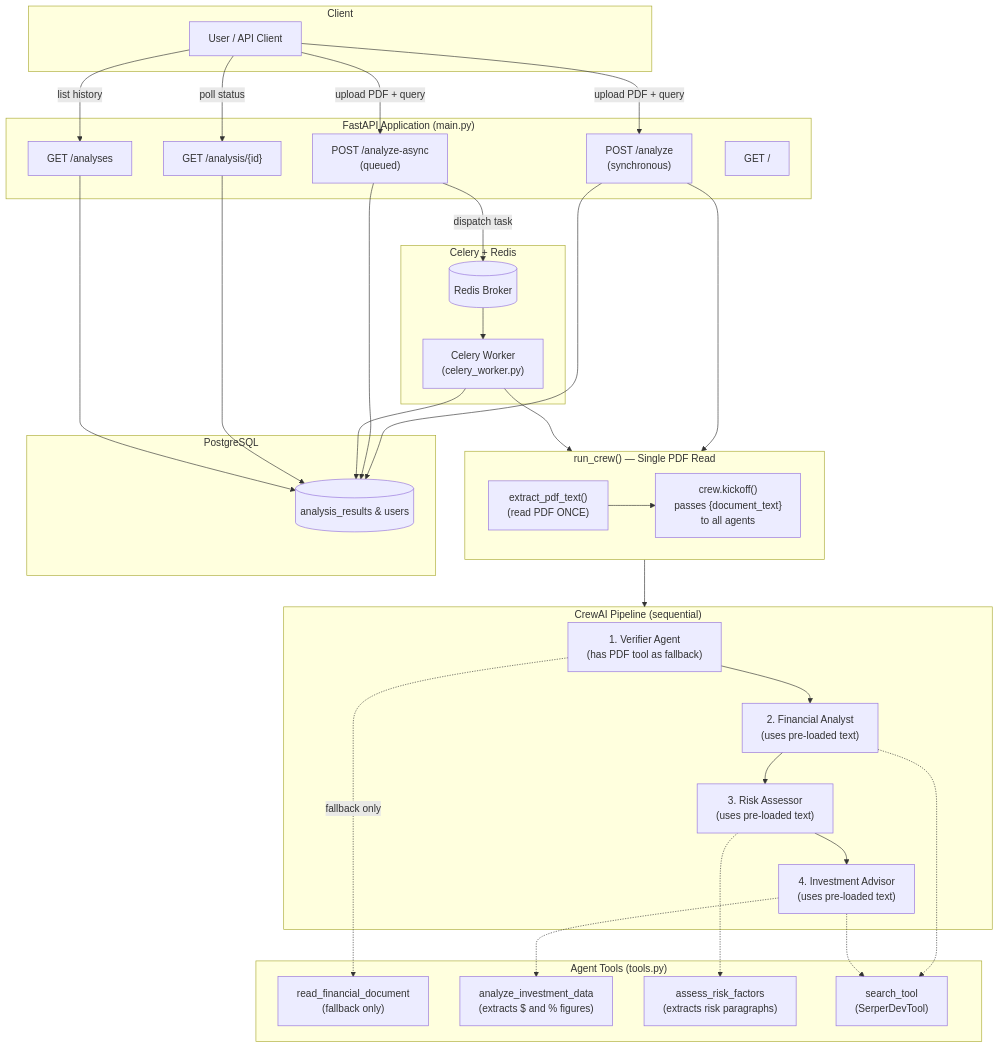
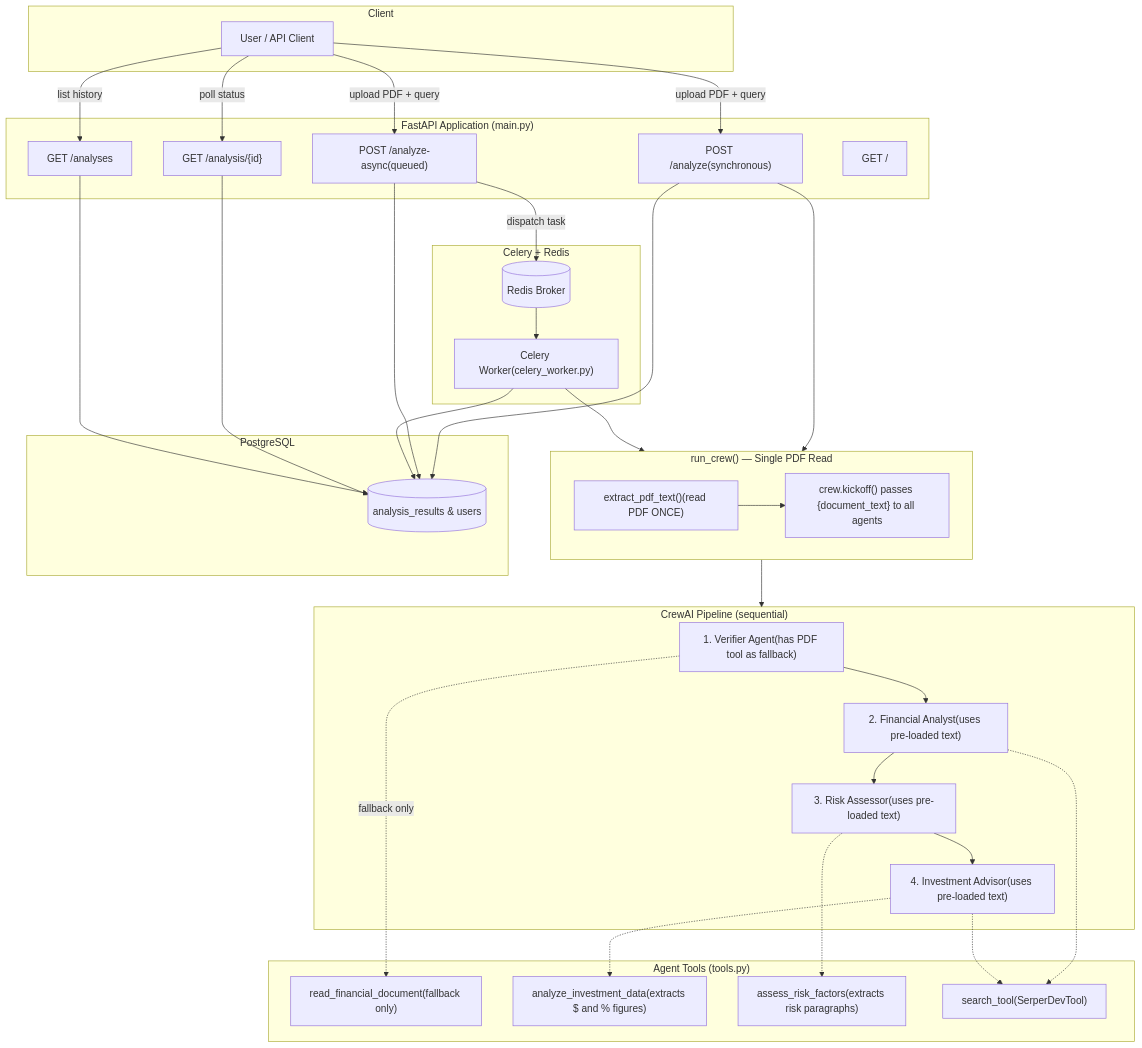
Before and after one commit to vinu0404/debug: the diagram in README.md, drawn with Mermaid. The commit also changed 1 other file, not shown here.

````diff
--- a/README.md
+++ b/README.md
@@ -10,67 +10,67 @@
 ```mermaid
 flowchart TD
     subgraph Client
         U[User / API Client]
     end
 
     subgraph FastAPI["FastAPI Application (main.py)"]
-        EP_SYNC["POST /analyze\n(synchronous)"]
-        EP_ASYNC["POST /analyze-async\n(queued)"]
+        EP_SYNC["POST /analyze(synchronous)"]
+        EP_ASYNC["POST /analyze-async(queued)"]
         EP_STATUS["GET /analysis/{id}"]
         EP_LIST["GET /analyses"]
         EP_HEALTH["GET /"]
     end
 
     subgraph Orchestrator["run_crew() — Single PDF Read"]
-        PDF_READ["extract_pdf_text()\n(read PDF ONCE)"]
-        KICKOFF["crew.kickoff()\npasses {document_text}\nto all agents"]
+        PDF_READ["extract_pdf_text()(read PDF ONCE)"]
+        KICKOFF["crew.kickoff() passes {document_text} to all agents"]
         PDF_READ --> KICKOFF
     end
 
     subgraph CrewAI["CrewAI Pipeline (sequential)"]
-        A1["1. Verifier Agent\n(has PDF tool as fallback)"]
-        A2["2. Financial Analyst\n(uses pre-loaded text)"]
-        A3["3. Risk Assessor\n(uses pre-loaded text)"]
-        A4["4. Investment Advisor\n(uses pre-loaded text)"]
+        A1["1. Verifier Agent(has PDF tool as fallback)"]
+        A2["2. Financial Analyst(uses pre-loaded text)"]
+        A3["3. Risk Assessor(uses pre-loaded text)"]
+        A4["4. Investment Advisor(uses pre-loaded text)"]
         A1 --> A2 --> A3 --> A4
     end
 
     subgraph Tools["Agent Tools (tools.py)"]
-        T1["read_financial_document\n(fallback only)"]
-        T2["analyze_investment_data\n(extracts $ and % figures)"]
-        T3["assess_risk_factors\n(extracts risk paragraphs)"]
-        T4["search_tool\n(SerperDevTool)"]
+        T1["read_financial_document(fallback only)"]
+        T2["analyze_investment_data(extracts $ and % figures)"]
+        T3["assess_risk_factors(extracts risk paragraphs)"]
+        T4["search_tool(SerperDevTool)"]
     end
 
     subgraph Queue["Celery + Redis"]
-        CW["Celery Worker\n(celery_worker.py)"]
+        CW["Celery Worker(celery_worker.py)"]
         RD[(Redis Broker)]
     end
 
     subgraph Database["PostgreSQL"]
         DB[(analysis_results & users)]
     end
 
     U -->|upload PDF + query| EP_SYNC
     U -->|upload PDF + query| EP_ASYNC
     U -->|poll status| EP_STATUS
     U -->|list history| EP_LIST
 
     EP_SYNC --> Orchestrator
     Orchestrator --> CrewAI
     EP_ASYNC -->|dispatch task| RD
     RD --> CW
     CW --> Orchestrator
 
     A1 -.->|fallback only| T1
     A2 -.-> T4
     A3 -.-> T3
     A4 -.-> T2
     A4 -.-> T4
 
     EP_SYNC --> DB
     EP_ASYNC --> DB
     CW --> DB
     EP_STATUS --> DB
     EP_LIST --> DB
 ```
````
